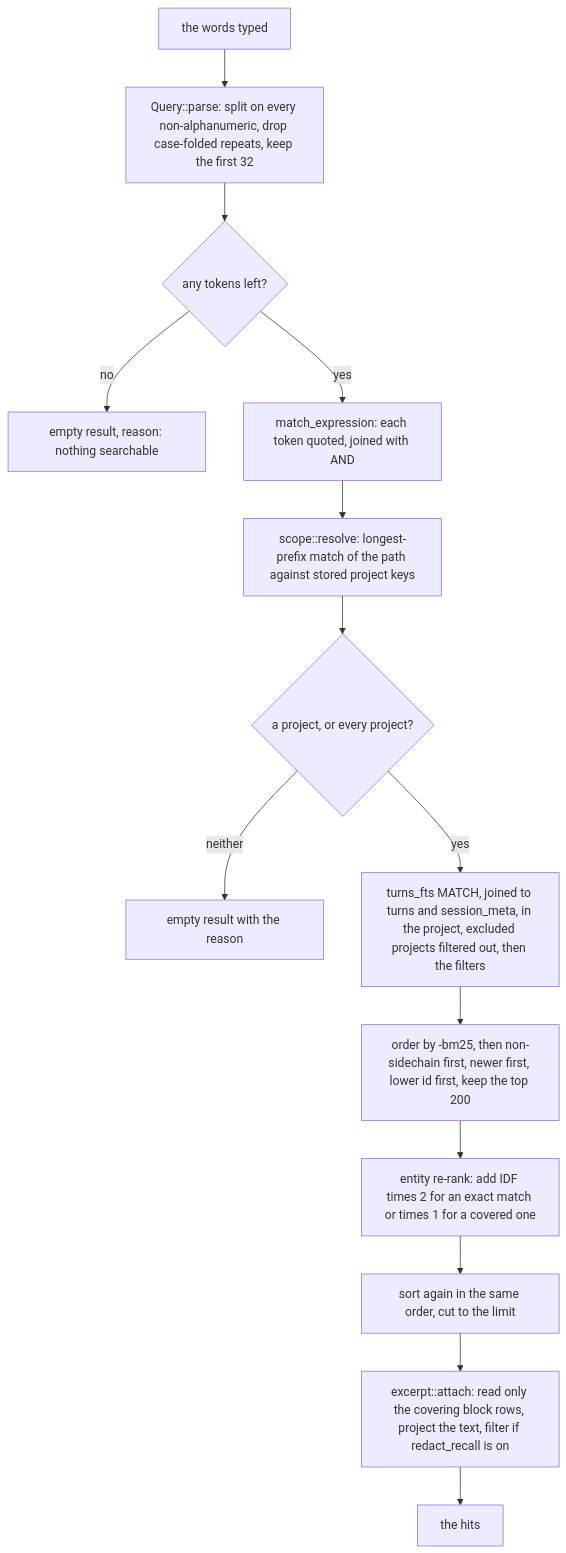
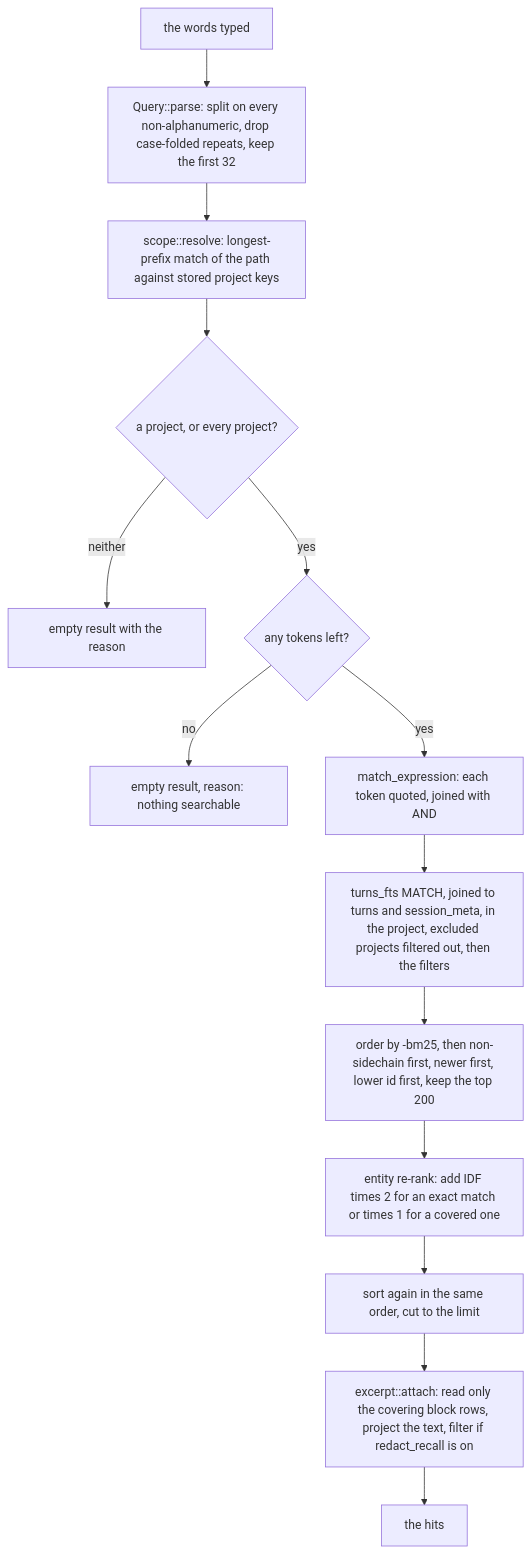
One commit to jcrenshaw-dev/terminus changed the first of 2 diagrams in docs/design/0005-search.md. Above: the diagram before and after it, drawn with Mermaid. The commit also changed other lines of this file and 15 other files, not shown here.

First line of the commit message:
docs: check every doc against the code and start the changelog at 1.0.0

````diff
--- a/docs/design/0005-search.md
+++ b/docs/design/0005-search.md
@@ -122,16 +122,16 @@
 ```mermaid
 flowchart TD
   W["the words typed"] --> P["Query::parse: split on every non-alphanumeric, drop case-folded repeats, keep the first 32"]
-  P --> E{"any tokens left?"}
+  P --> S["scope::resolve: longest-prefix match of the path against stored project keys"]
+  S --> R{"a project, or every project?"}
+  R -->|"neither"| M["empty result with the reason"]
+  R -->|"yes"| E{"any tokens left?"}
   E -->|"no"| N["empty result, reason: nothing searchable"]
   E -->|"yes"| X["match_expression: each token quoted, joined with AND"]
-  X --> S["scope::resolve: longest-prefix match of the path against stored project keys"]
-  S --> R{"a project, or every project?"}
-  R -->|"neither"| M["empty result with the reason"]
-  R -->|"yes"| Q["turns_fts MATCH, joined to turns and session_meta, in the project, excluded projects filtered out, then the filters"]
+  X --> Q["turns_fts MATCH, joined to turns and session_meta, in the project, excluded projects filtered out, then the filters"]
   Q --> O["order by -bm25, then non-sidechain first, newer first, lower id first, keep the top 200"]
   O --> I["entity re-rank: add IDF times 2 for an exact match or times 1 for a covered one"]
   I --> L["sort again in the same order, cut to the limit"]
   L --> C["excerpt::attach: read only the covering block rows, project the text, filter if redact_recall is on"]
   C --> H["the hits"]
 ```
````
